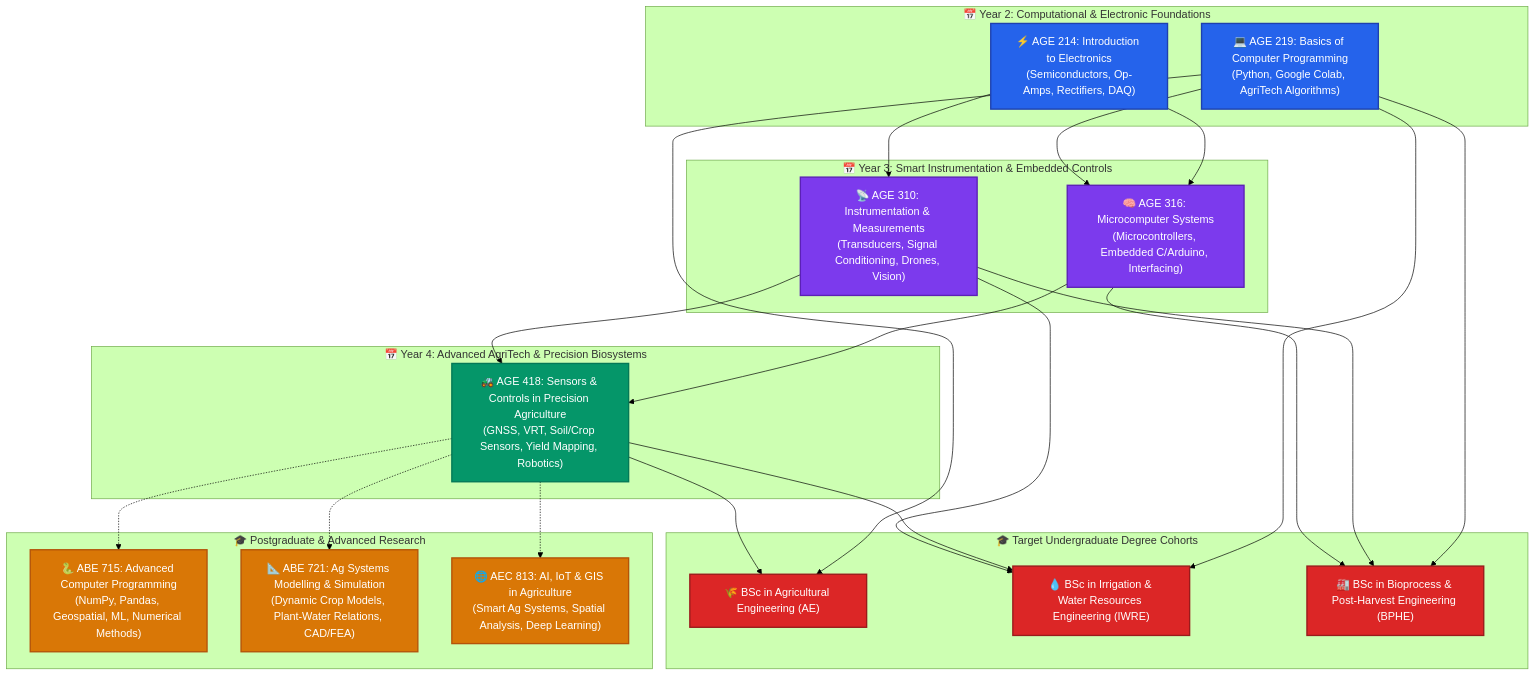
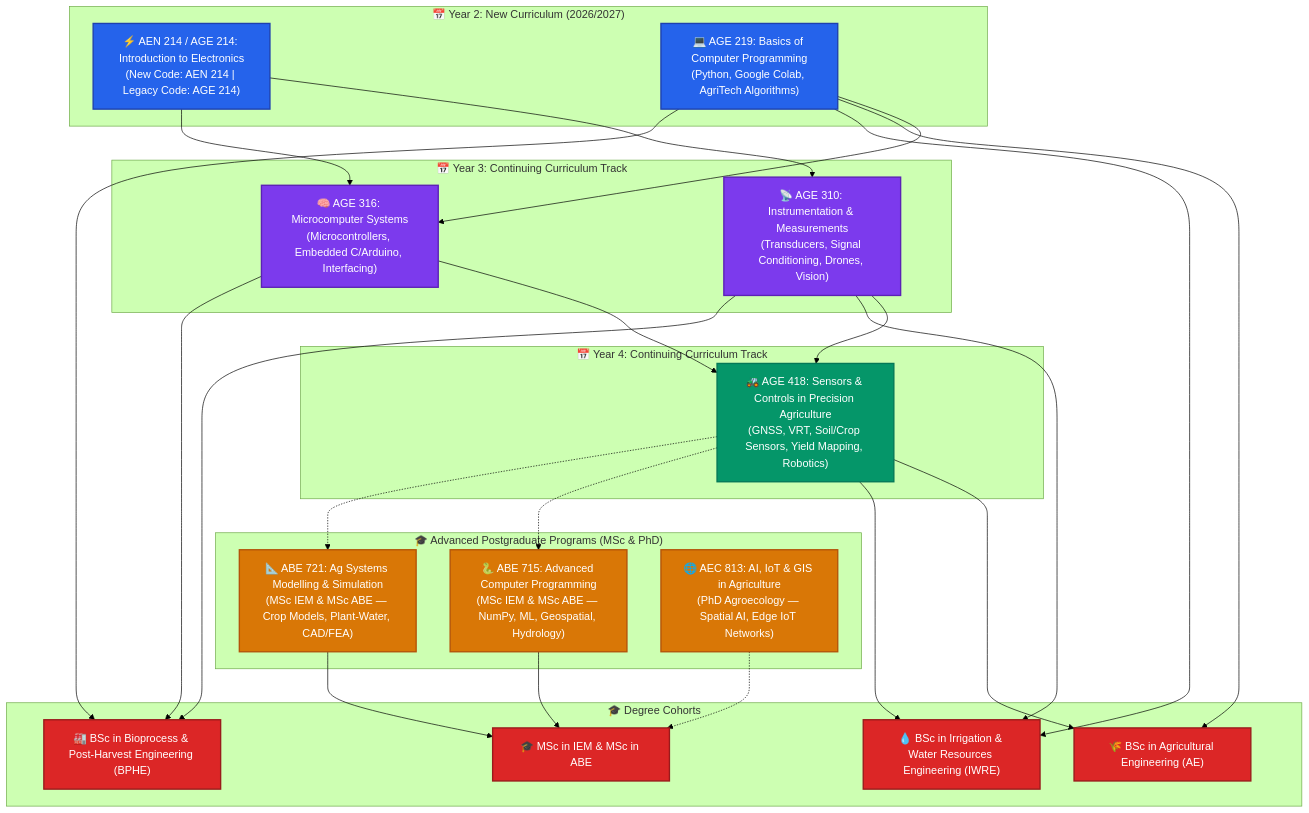
Before and after one commit to kadefue/Course_Notes: the first of 4 diagrams in README.md, drawn with Mermaid (forest theme). The commit also changed other lines of this file, not shown here.

````diff
--- a/README.md
+++ b/README.md
@@ -28,53 +40,56 @@
 ```mermaid
 flowchart TD
     classDef foundation fill:#2563eb,stroke:#1e40af,stroke-width:2px,color:#fff;
     classDef hardware fill:#7c3aed,stroke:#5b21b6,stroke-width:2px,color:#fff;
     classDef systems fill:#059669,stroke:#047857,stroke-width:2px,color:#fff;
     classDef advanced fill:#d97706,stroke:#b45309,stroke-width:2px,color:#fff;
     classDef degrees fill:#dc2626,stroke:#991b1b,stroke-width:2px,color:#fff;
 
-    subgraph Y2 ["📅 Year 2: Computational & Electronic Foundations"]
-        AGE214["⚡ AGE 214: Introduction to Electronics\n(Semiconductors, Op-Amps, Rectifiers, DAQ)"]:::foundation
+    subgraph Y2 ["📅 Year 2: New Curriculum (2026/2027)"]
+        AEN214["⚡ AEN 214 / AGE 214: Introduction to Electronics\n(New Code: AEN 214 | Legacy Code: AGE 214)"]:::foundation
         AGE219["💻 AGE 219: Basics of Computer Programming\n(Python, Google Colab, AgriTech Algorithms)"]:::foundation
     end
 
-    subgraph Y3 ["📅 Year 3: Smart Instrumentation & Embedded Controls"]
+    subgraph Y3 ["📅 Year 3: Continuing Curriculum Track"]
         AGE310["📡 AGE 310: Instrumentation & Measurements\n(Transducers, Signal Conditioning, Drones, Vision)"]:::hardware
         AGE316["🧠 AGE 316: Microcomputer Systems\n(Microcontrollers, Embedded C/Arduino, Interfacing)"]:::hardware
     end
 
-    subgraph Y4 ["📅 Year 4: Advanced AgriTech & Precision Biosystems"]
+    subgraph Y4 ["📅 Year 4: Continuing Curriculum Track"]
         AGE418["🚜 AGE 418: Sensors & Controls in Precision Agriculture\n(GNSS, VRT, Soil/Crop Sensors, Yield Mapping, Robotics)"]:::systems
     end
 
-    subgraph PG ["🎓 Postgraduate & Advanced Research"]
-        ABE715["🐍 ABE 715: Advanced Computer Programming\n(NumPy, Pandas, Geospatial, ML, Numerical Methods)"]:::advanced
-        ABE721["📐 ABE 721: Ag Systems Modelling & Simulation\n(Dynamic Crop Models, Plant-Water Relations, CAD/FEA)"]:::advanced
-        AEC813["🌐 AEC 813: AI, IoT & GIS in Agriculture\n(Smart Ag Systems, Spatial Analysis, Deep Learning)"]:::advanced
+    subgraph PG ["🎓 Advanced Postgraduate Programs (MSc & PhD)"]
+        ABE715["🐍 ABE 715: Advanced Computer Programming\n(MSc IEM & MSc ABE — NumPy, ML, Geospatial, Hydrology)"]:::advanced
+        ABE721["📐 ABE 721: Ag Systems Modelling & Simulation\n(MSc IEM & MSc ABE — Crop Models, Plant-Water, CAD/FEA)"]:::advanced
+        AEC813["🌐 AEC 813: AI, IoT & GIS in Agriculture\n(PhD Agroecology — Spatial AI, Edge IoT Networks)"]:::advanced
     end
 
-    subgraph TargetDegrees ["🎓 Target Undergraduate Degree Cohorts"]
+    subgraph TargetDegrees ["🎓 Degree Cohorts"]
         DEG_AE["🌾 BSc in Agricultural Engineering (AE)"]:::degrees
         DEG_IWRE["💧 BSc in Irrigation & Water Resources Engineering (IWRE)"]:::degrees
         DEG_BPHE["🏭 BSc in Bioprocess & Post-Harvest Engineering (BPHE)"]:::degrees
+        DEG_MSC["🎓 MSc in IEM & MSc in ABE"]:::degrees
     end
 
-    AGE214 --> AGE310
+    AEN214 --> AGE310
     AGE219 --> AGE316
-    AGE214 --> AGE316
+    AEN214 --> AGE316
     AGE310 --> AGE418
     AGE316 --> AGE418
 
     AGE418 --> DEG_AE
     AGE310 --> DEG_IWRE
     AGE418 --> DEG_IWRE
     AGE316 --> DEG_BPHE
     AGE310 --> DEG_BPHE
     AGE219 --> DEG_AE
     AGE219 --> DEG_IWRE
     AGE219 --> DEG_BPHE
 
     AGE418 -.-> ABE715
     AGE418 -.-> ABE721
-    AGE418 -.-> AEC813
+    ABE715 --> DEG_MSC
+    ABE721 --> DEG_MSC
+    AEC813 -.-> DEG_MSC
 ```
````
